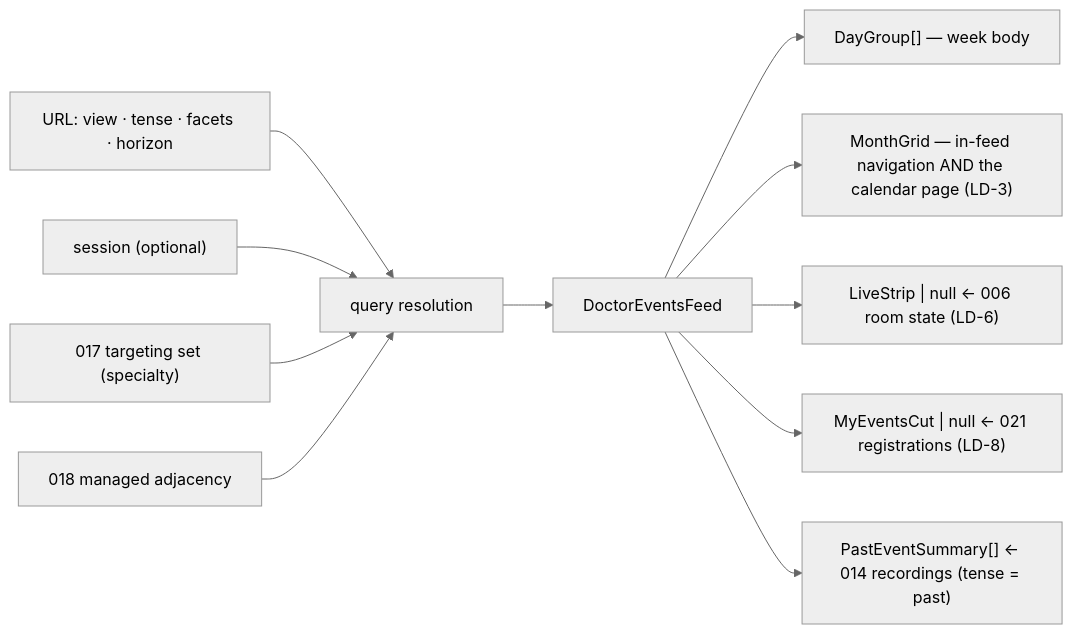
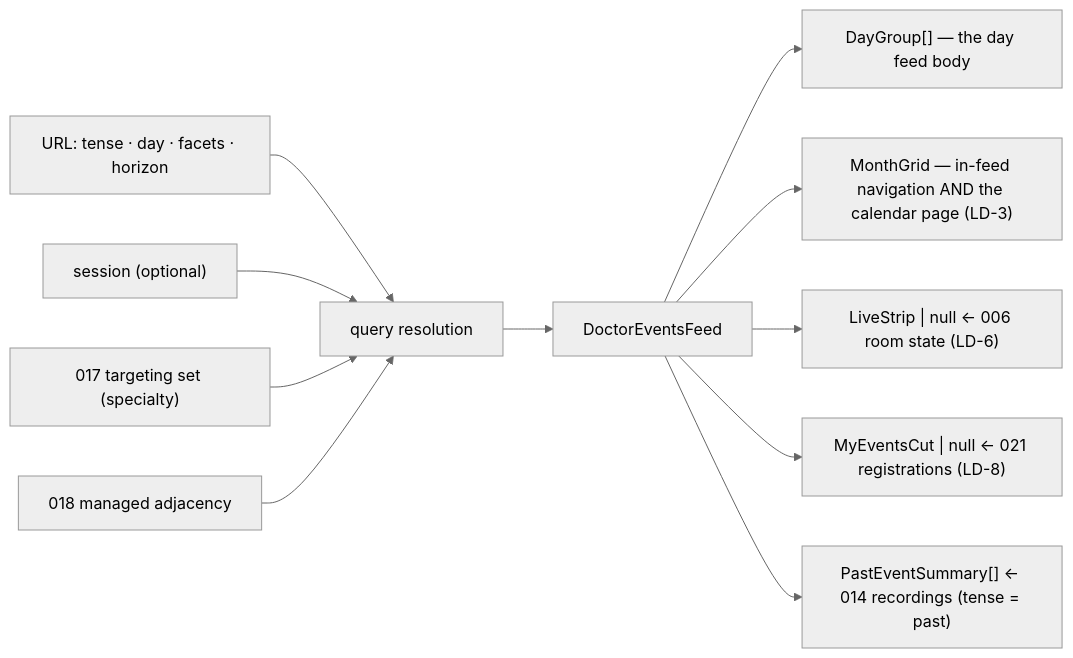
The third of 6 diagrams in apps/docs/content/specs/features/019-doctor-events-feed/019-design.md (doctor-school/ds-platform), drawn with Mermaid (neutral theme) before and after one commit. The commit also changed other lines of this file and 3 other files, not shown here.

````diff
--- a/apps/docs/content/specs/features/019-doctor-events-feed/019-design.md
+++ b/apps/docs/content/specs/features/019-doctor-events-feed/019-design.md
@@ -66,13 +66,13 @@
 ```mermaid
 graph LR
-  URL["URL: view · tense · facets · horizon"] --> Q["query resolution"]
+  URL["URL: tense · day · facets · horizon"] --> Q["query resolution"]
   Sess["session (optional)"] --> Q
   T017["017 targeting set (specialty)"] --> Q
   A018["018 managed adjacency"] --> Q
   Q --> Feed["DoctorEventsFeed"]
-  Feed --> Days["DayGroup[] — week body"]
+  Feed --> Days["DayGroup[] — the day feed body"]
   Feed --> Grid["MonthGrid — in-feed navigation AND the calendar page (LD-3)"]
   Feed --> LiveM["LiveStrip | null ← 006 room state (LD-6)"]
   Feed --> MineM["MyEventsCut | null ← 021 registrations (LD-8)"]
   Feed --> Past["PastEventSummary[] ← 014 recordings (tense = past)"]
 ```
````
